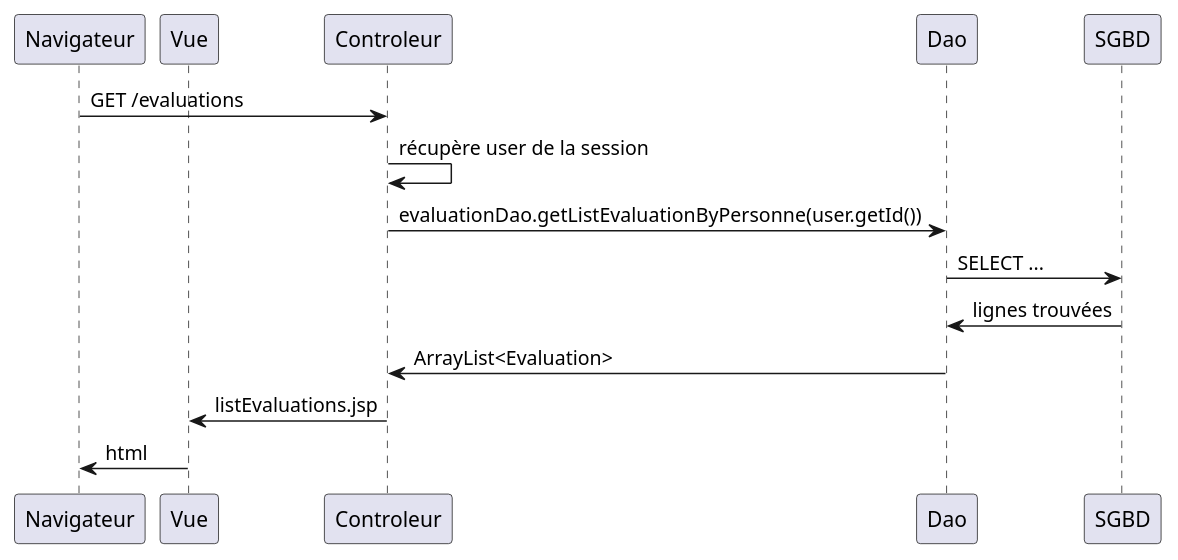
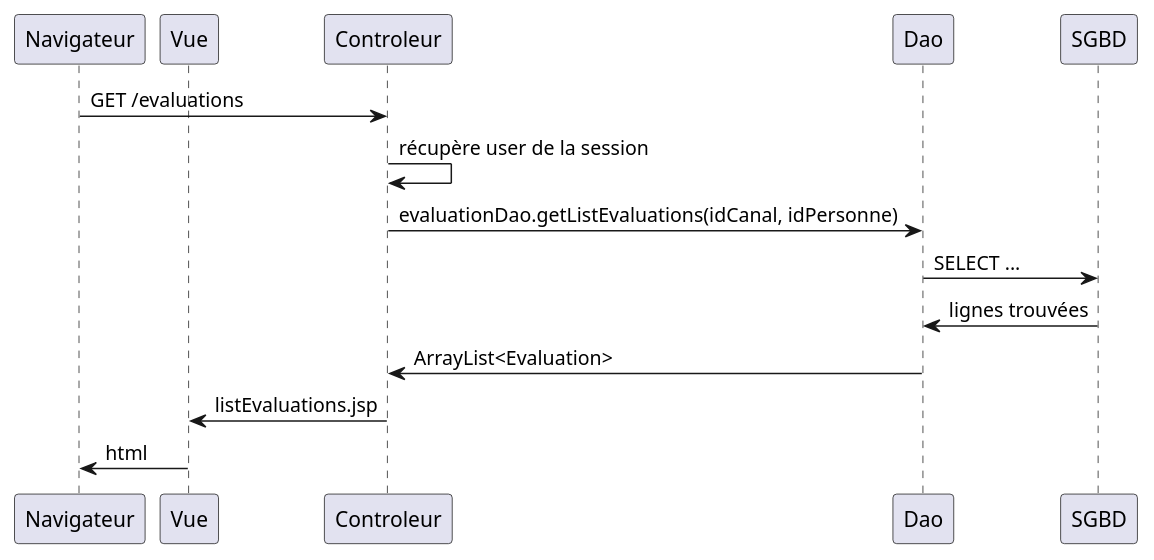
Before and after one commit to michel-plasse/siomassy2021: the diagram in src/main/webapp/doc/mesEvaluations.puml, drawn with PlantUML. The commit also changed 5 other files, not shown here.

```diff
--- a/src/main/webapp/doc/mesEvaluations.puml
+++ b/src/main/webapp/doc/mesEvaluations.puml
@@ -1,15 +1,15 @@
 @startuml
 ' par défaut, les couches sont disposées dans l'ordre d'apparition
 ' nous utilison participant pour préciser qu'après Navigateur il y a Vue et non Controleur
 participant Navigateur
 participant Vue
 
 Navigateur -> Controleur: GET /evaluations
 Controleur -> Controleur: récupère user de la session
-Controleur -> Dao: evaluationDao.getListEvaluationByPersonne(user.getId())
+Controleur -> Dao: evaluationDao.getListEvaluations(idCanal, idPersonne)
 Dao -> SGBD: SELECT ...
 SGBD -> Dao: lignes trouvées
 Dao -> Controleur: ArrayList<Evaluation>
 Controleur -> Vue: listEvaluations.jsp
 Vue -> Navigateur: html
 @enduml
```
